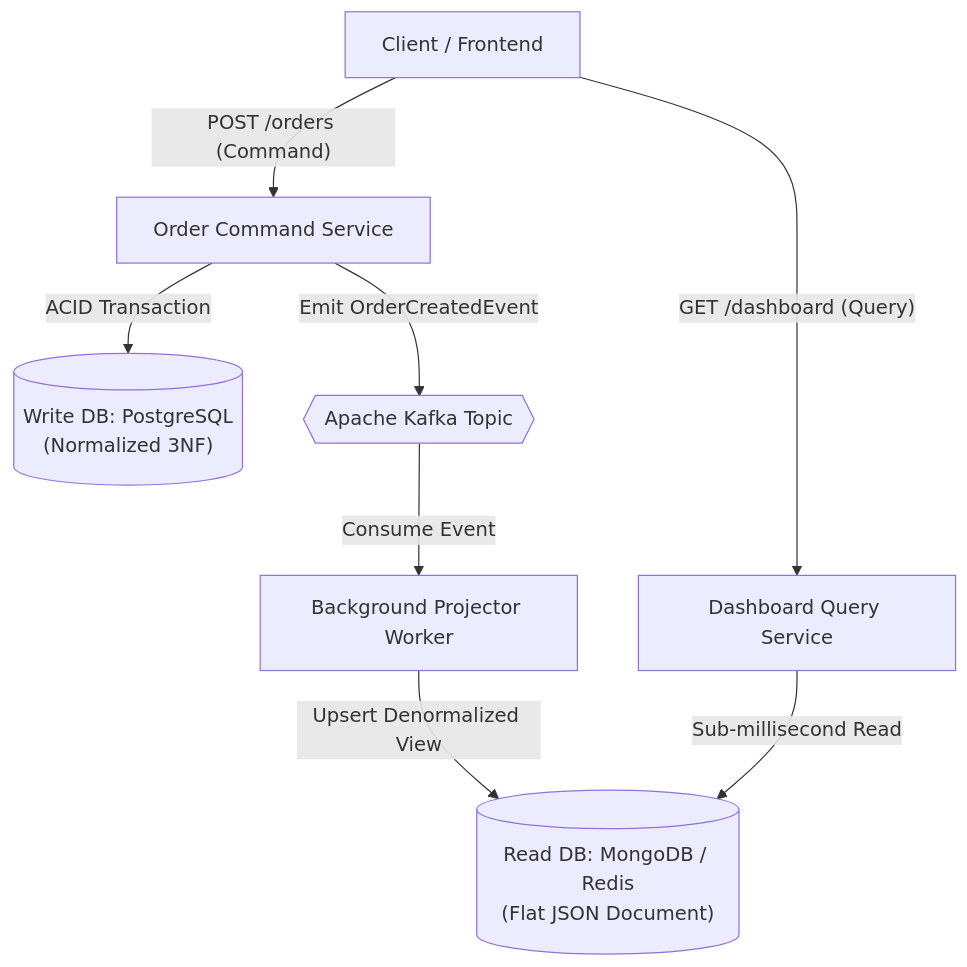
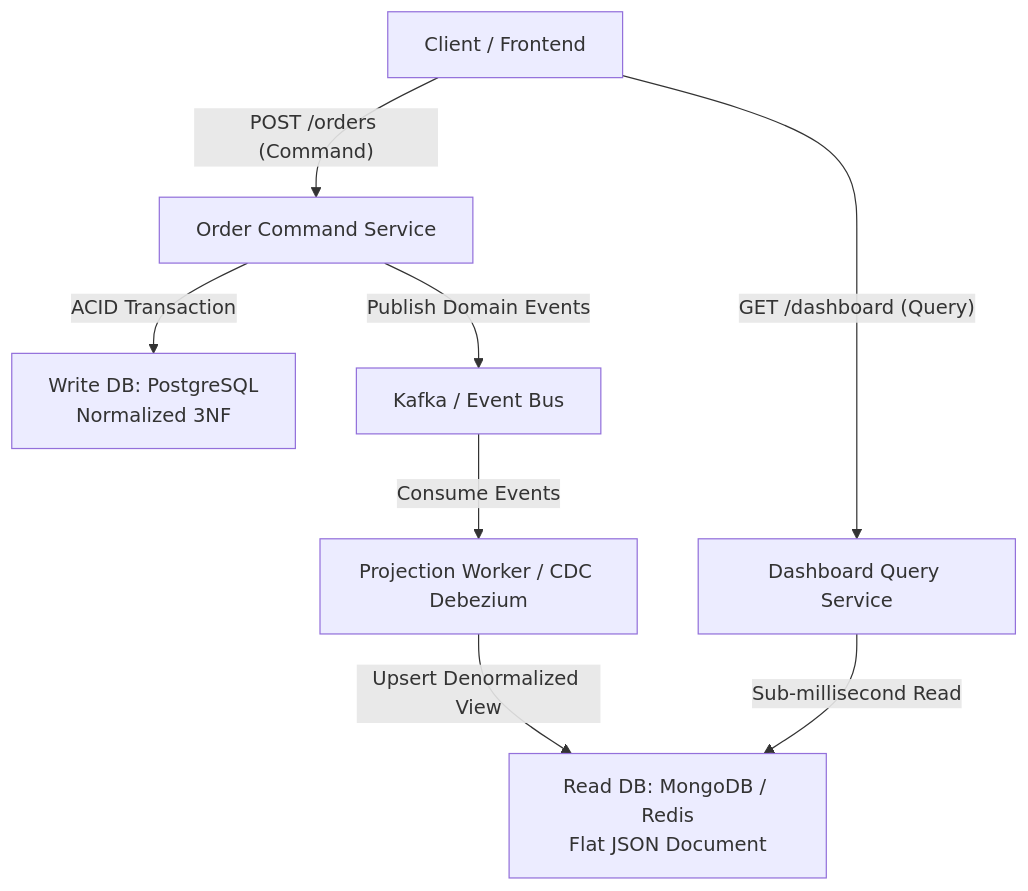
The diagram in Projects/Microservices-Architecture-and-Design/04. Distributed Data - Database-per-Service & CQRS.md (kunal0011/knowledge-base), drawn with Mermaid before and after one commit. The commit also changed 6 other files, not shown here.

Commit message:
feat(microservices): add dedicated in-depth sections for Spring Boot/Cloud, FastAPI, and Golang microservices architectures

````diff
--- a/Projects/Microservices-Architecture-and-Design/04. Distributed Data - Database-per-Service & CQRS.md
+++ b/Projects/Microservices-Architecture-and-Design/04. Distributed Data - Database-per-Service & CQRS.md
@@ -89,12 +89,11 @@
 ```mermaid
 flowchart TD
     Client["Client / Frontend"] -->|"POST /orders (Command)"| WriteSvc["Order Command Service"]
-    WriteSvc -->|"ACID Transaction"| WriteDB[("Write DB: PostgreSQL<br/>(Normalized 3NF)")]
-    WriteSvc -->|"Emit OrderCreatedEvent"| Kafka{{"Apache Kafka Topic"}}
-    
-    Kafka -->|"Consume Event"| Projector["Background Projector Worker"]
-    Projector -->|"Upsert Denormalized View"| ReadDB[("Read DB: MongoDB / Redis<br/>(Flat JSON Document)")]
+    WriteSvc -->|"ACID Transaction"| WriteDB["Write DB: PostgreSQL<br/>Normalized 3NF"]
+    WriteSvc -->|"Publish Domain Events"| Kafka["Kafka / Event Bus"]
+    Kafka -->|"Consume Events"| Projector["Projection Worker / CDC Debezium"]
+    Projector -->|"Upsert Denormalized View"| ReadDB["Read DB: MongoDB / Redis<br/>Flat JSON Document"]
     
     Client -->|"GET /dashboard (Query)"| ReadSvc["Dashboard Query Service"]
     ReadSvc -->|"Sub-millisecond Read"| ReadDB
 ```
````
